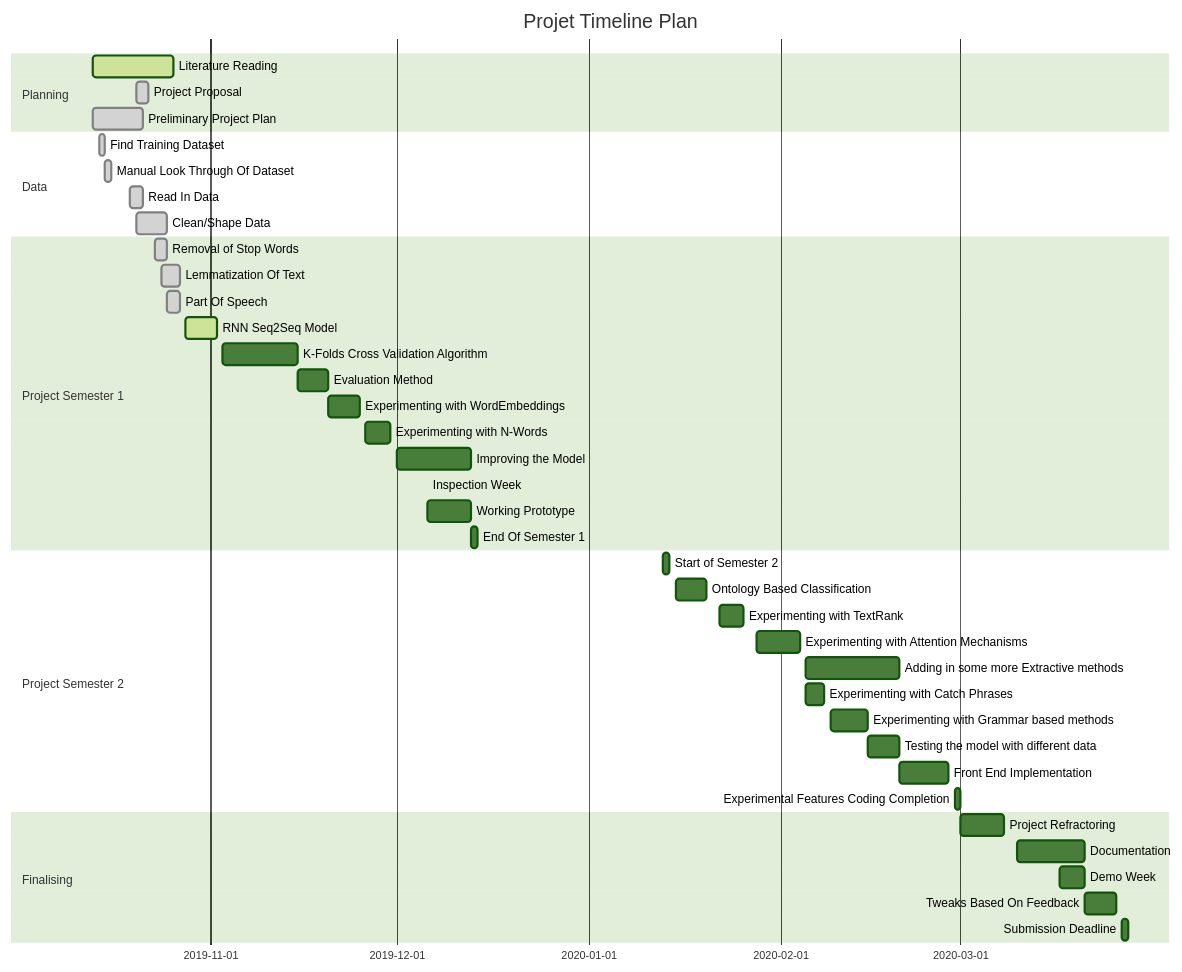
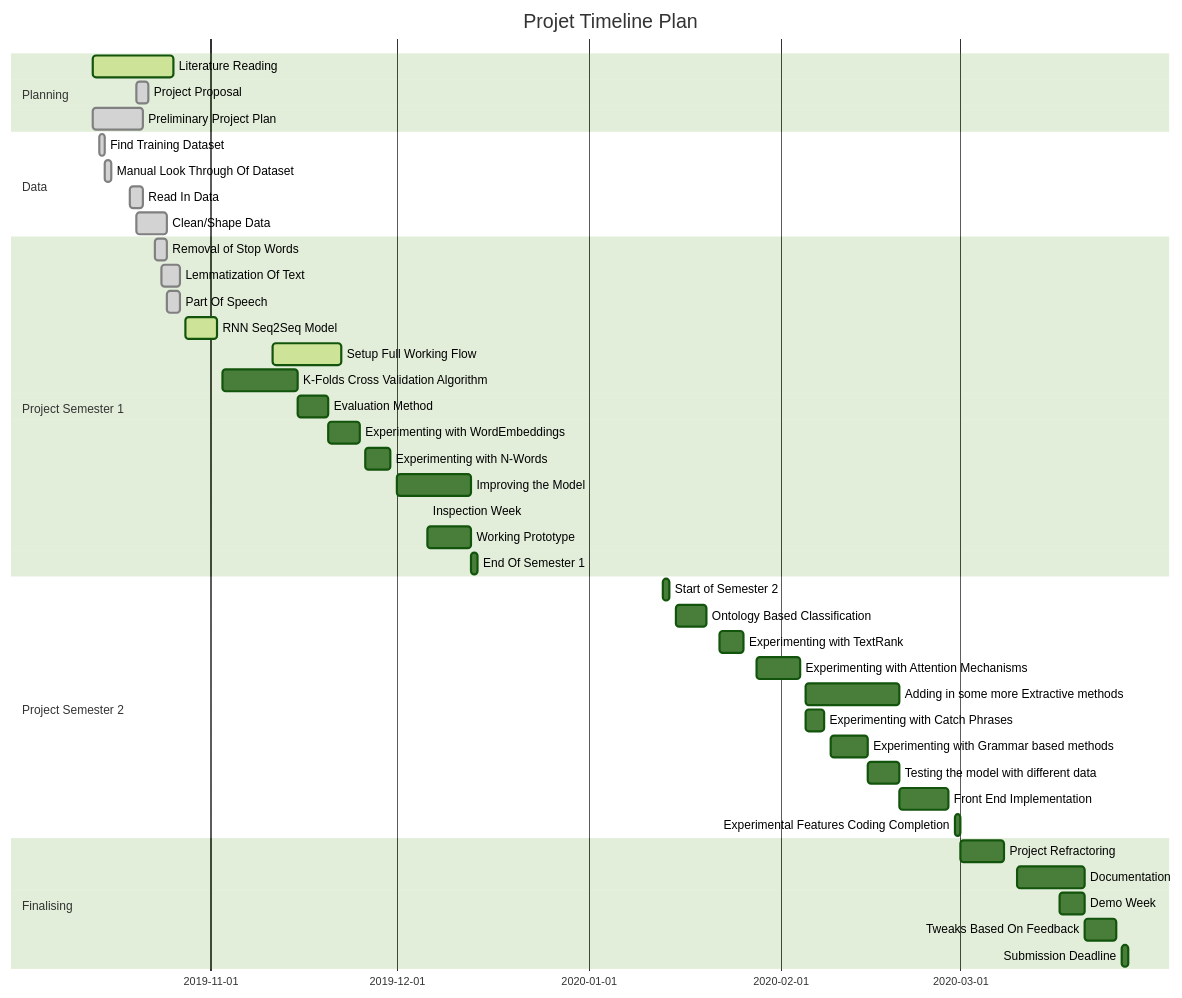
One commit to bmistry12/text-summarisation changed the diagram in README.md. Above: the diagram before and after it, drawn with Mermaid (forest theme). The commit also changed 5 other files, not shown here.

````diff
--- a/README.md
+++ b/README.md
@@ -34,50 +34,51 @@
 ```mermaid
 gantt
 dateFormat  YYYY-MM-DD
 title Projet Timeline Plan
 
 
 section Planning
 Literature Reading                      :active,  des1, 2019-10-13, 2019-10-26
 Project Proposal                        :done,    des1, 2019-10-20, 2019-10-22
 Preliminary Project Plan                :done,    des1, 2019-10-13, 2019-10-21
 
 section Data                  
 Find Training Dataset                   :done,    des1, 2019-10-14, 2019-10-15
 Manual Look Through Of Dataset          :done,    des1, 2019-10-15, 2019-10-16
 Read In Data                            :done,    des1, 2019-10-19, 2019-10-21
 Clean/Shape Data                        :done,   des1, 2019-10-20, 2019-10-25
 
 section Project Semester 1
 Removal of Stop Words                   :done,    des1, 2019-10-23, 2019-10-25
 Lemmatization Of Text                   :done,    des1, 2019-10-24, 2019-10-27
 Part Of Speech                          :done,    des1, 2019-10-25, 2019-10-27
 RNN Seq2Seq Model                       :active,  des1, 2019-10-28, 2019-11-02
+Setup Full Working Flow                 :active,  des1, 2019-11-11, 2019-11-22
 K-Folds Cross Validation Algorithm      :         des1, 2019-11-03, 2019-11-15
 Evaluation Method                       :         des1, 2019-11-15, 2019-11-20
 Experimenting with WordEmbeddings       :         des1, 2019-11-20, 2019-11-25
 Experimenting with N-Words              :         des1, 2019-11-26, 2019-11-30
 Improving the Model                     :         des1, 2019-12-01, 2019-12-13
 Inspection Week                         :         des1, 2019-12-13, 2019-12-06
 Working Prototype                       :         des1, 2019-12-06, 2019-12-13
 End Of Semester 1                       :         des1, 2019-12-13, 1d
 
 section Project Semester 2
 Start of Semester 2                     :         des1, 2020-01-13, 1d
 Ontology Based Classification           :         des1, 2020-01-15, 2020-01-20
 Experimenting with TextRank             :         des1, 2020-01-22, 2020-01-26
 Experimenting with Attention Mechanisms :         des1, 2020-01-28, 2020-02-04
 Adding in some more Extractive methods  :         des1, 2020-02-05, 2020-02-20
 Experimenting with Catch Phrases        :         des1, 2020-02-05, 2020-02-08
 Experimenting with Grammar based methods:         des1, 2020-02-09, 2020-02-15
 Testing the model with different data   :         des1, 2020-02-15, 2020-02-20 
 Front End Implementation                :         des1, 2020-02-20, 2020-02-28
 Experimental Features Coding Completion :         des1, 2020-02-29, 1d
 
 Section Finalising
 Project Refractoring                    :         des1, 2020-03-01, 2020-03-08
 Documentation                           :         des1, 2020-03-10, 2020-03-21
 Demo Week                               :         des1, 2020-03-17, 2020-03-21
 Tweaks Based On Feedback                :         des1, 2020-03-21, 2020-03-26
 Submission Deadline                     :         des1, 2020-03-27, 1d
 ```
````
